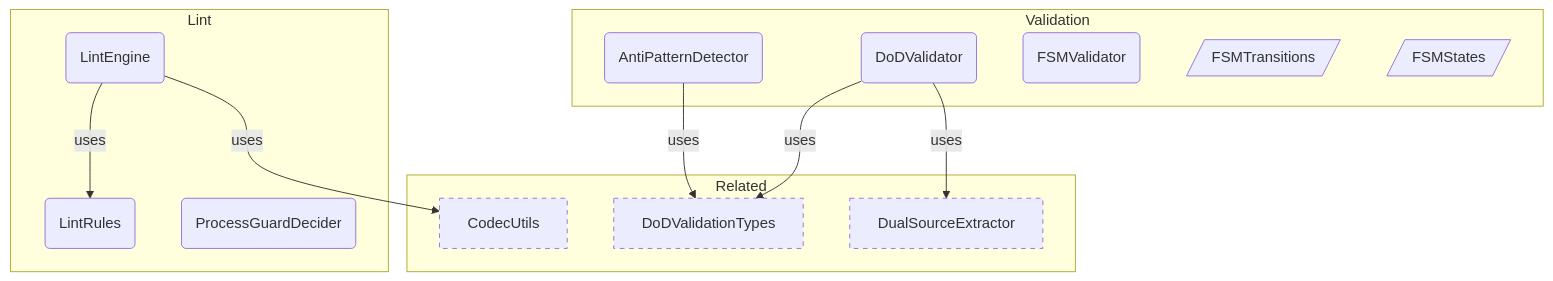
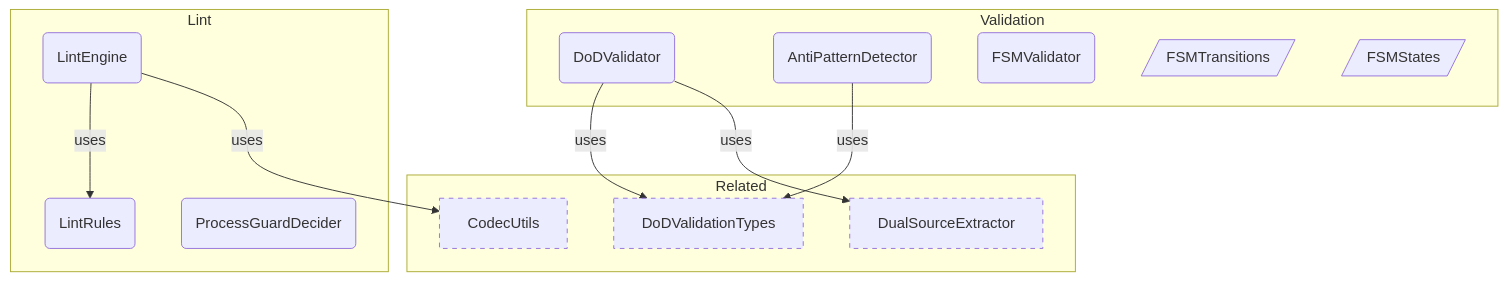
Before and after one commit to libar-dev/architect: the diagram in docs-live/product-areas/VALIDATION.md, drawn with Mermaid. The commit also changed other lines of this file and 5 other files, not shown here.

````diff
--- a/docs-live/product-areas/VALIDATION.md
+++ b/docs-live/product-areas/VALIDATION.md
@@ -22,26 +22,26 @@
 ```mermaid
 graph TB
     subgraph lint["Lint"]
         LintRules("LintRules")
         LintEngine("LintEngine")
         ProcessGuardDecider("ProcessGuardDecider")
     end
     subgraph validation["Validation"]
         DoDValidator("DoDValidator")
         AntiPatternDetector("AntiPatternDetector")
         FSMValidator("FSMValidator")
         FSMTransitions[/"FSMTransitions"/]
         FSMStates[/"FSMStates"/]
     end
     subgraph related["Related"]
+        DoDValidationTypes["DoDValidationTypes"]:::neighbor
         CodecUtils["CodecUtils"]:::neighbor
-        DoDValidationTypes["DoDValidationTypes"]:::neighbor
         DualSourceExtractor["DualSourceExtractor"]:::neighbor
     end
     DoDValidator -->|uses| DoDValidationTypes
     DoDValidator -->|uses| DualSourceExtractor
     AntiPatternDetector -->|uses| DoDValidationTypes
     LintEngine -->|uses| LintRules
     LintEngine -->|uses| CodecUtils
     classDef neighbor stroke-dasharray: 5 5
 ```
````
